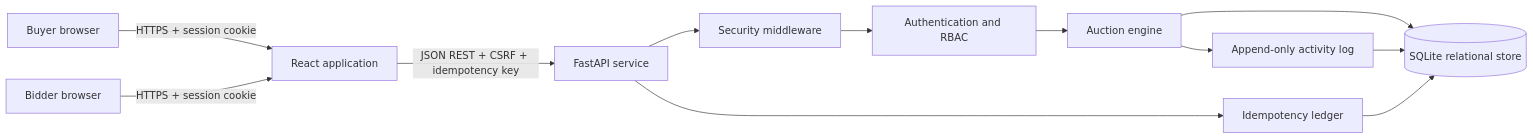
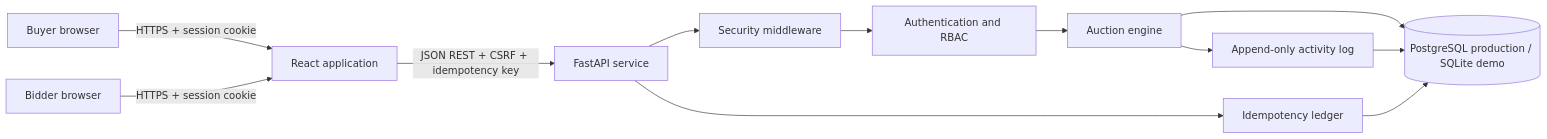
Before and after one commit to Autistic-coder/go-comet: the first of 3 diagrams in docs/architecture.md, drawn with Mermaid. The commit also changed other lines of this file and 17 other files, not shown here.

````diff
--- a/docs/architecture.md
+++ b/docs/architecture.md
@@ -5,14 +5,14 @@
 ```mermaid
 flowchart LR
     B[Buyer browser] -->|HTTPS + session cookie| R[React application]
     S[Bidder browser] -->|HTTPS + session cookie| R
     R -->|JSON REST + CSRF + idempotency key| A[FastAPI service]
     A --> M[Security middleware]
     M --> AU[Authentication and RBAC]
     AU --> E[Auction engine]
-    E --> D[(SQLite relational store)]
+    E --> D[(PostgreSQL production / SQLite demo)]
     E --> L[Append-only activity log]
     A --> I[Idempotency ledger]
     I --> D
     L --> D
 ```
````
